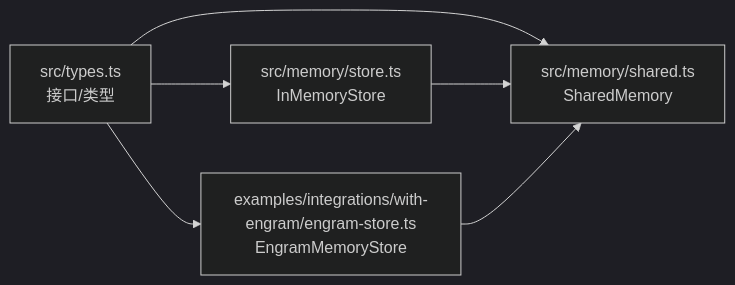
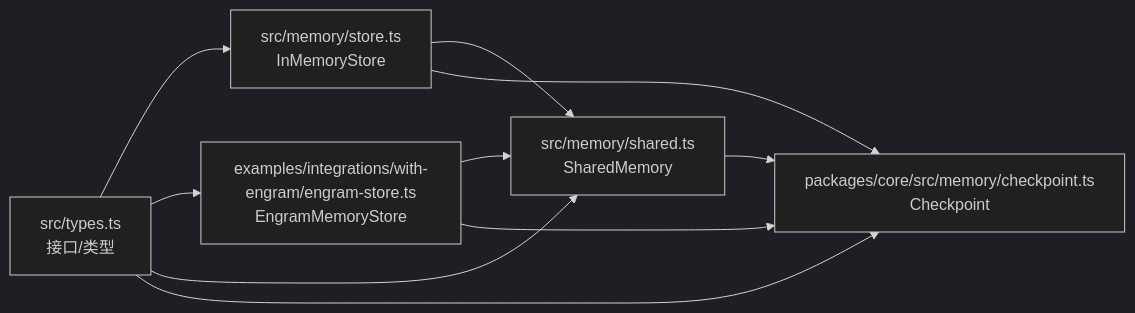
Before and after one commit to haolange/open-multi-agent: the fifth of 5 diagrams in .qoder/repowiki/zh/content/内存管理.md, drawn with Mermaid (dark theme). The commit also changed other lines of this file and 7 other files, not shown here.

````diff
--- a/.qoder/repowiki/zh/content/内存管理.md
+++ b/.qoder/repowiki/zh/content/内存管理.md
@@ -272,8 +372,12 @@
 ```mermaid
 graph LR
 Types["src/types.ts<br/>接口/类型"] --> Impl1["src/memory/store.ts<br/>InMemoryStore"]
 Types --> Impl2["examples/integrations/with-engram/engram-store.ts<br/>EngramMemoryStore"]
 Types --> SM["src/memory/shared.ts<br/>SharedMemory"]
+Types --> CP["packages/core/src/memory/checkpoint.ts<br/>Checkpoint"]
 Impl1 --> SM
 Impl2 --> SM
+Impl1 --> CP
+Impl2 --> CP
+SM --> CP
 ```
````
